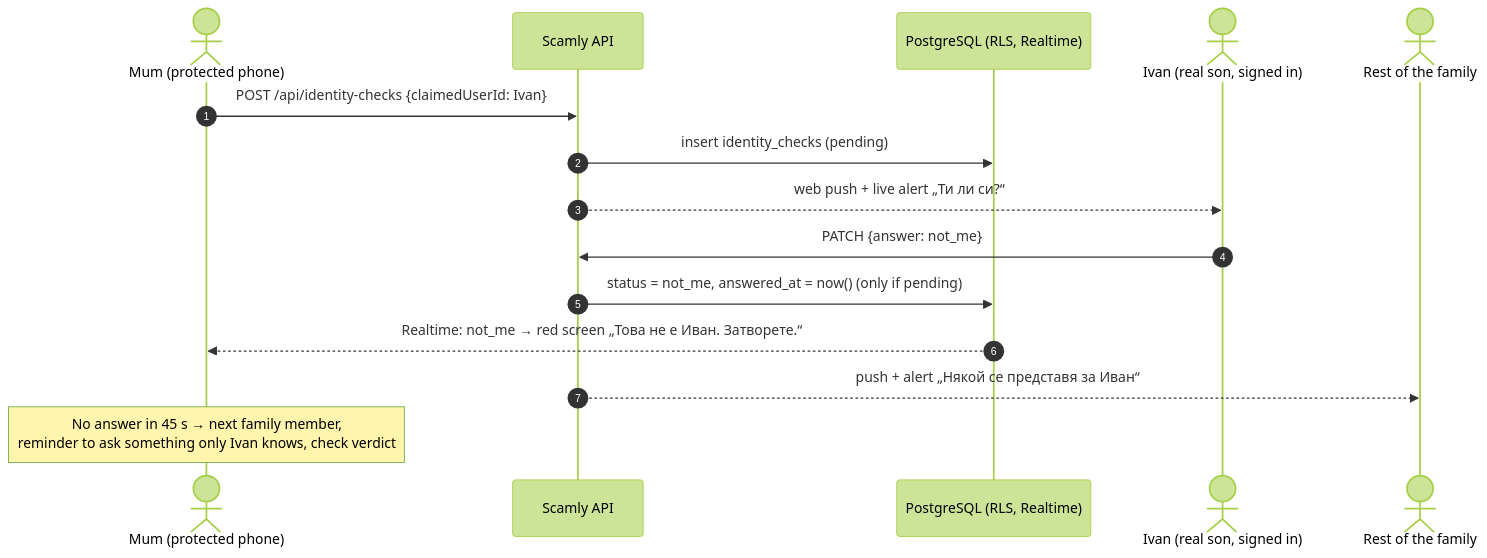
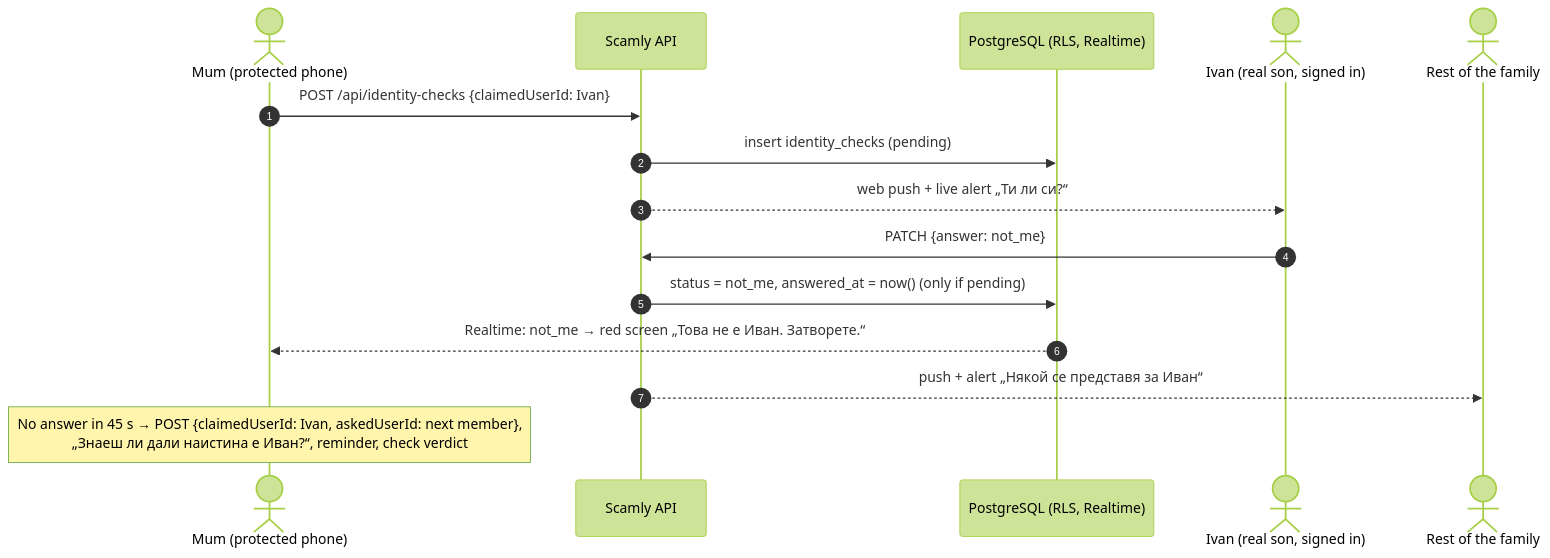
One commit to AVGe0rgiev23/Scamly changed the fourth of 4 diagrams in docs/BUILD_PLAN.md. Above: the diagram before and after it, drawn with Mermaid (forest theme). The commit also changed other lines of this file and 23 other files, not shown here.

Commit message:
Ask the next family member about the person the caller claims to be

````diff
--- a/docs/BUILD_PLAN.md
+++ b/docs/BUILD_PLAN.md
@@ -727,17 +727,17 @@
 ```mermaid
 sequenceDiagram
   autonumber
   actor M as Mum (protected phone)
   participant API as Scamly API
   participant DB as PostgreSQL (RLS, Realtime)
   actor I as Ivan (real son, signed in)
   actor F as Rest of the family
   M->>API: POST /api/identity-checks {claimedUserId: Ivan}
   API->>DB: insert identity_checks (pending)
   API-->>I: web push + live alert „Ти ли си?“
   I->>API: PATCH {answer: not_me}
   API->>DB: status = not_me, answered_at = now() (only if pending)
   DB-->>M: Realtime: not_me → red screen „Това не е Иван. Затворете.“
   API-->>F: push + alert „Някой се представя за Иван“
-  Note over M: No answer in 45 s → next family member,<br/>reminder to ask something only Ivan knows, check verdict
+  Note over M: No answer in 45 s → POST {claimedUserId: Ivan, askedUserId: next member},<br/>„Знаеш ли дали наистина е Иван?“, reminder, check verdict
 ```
````
